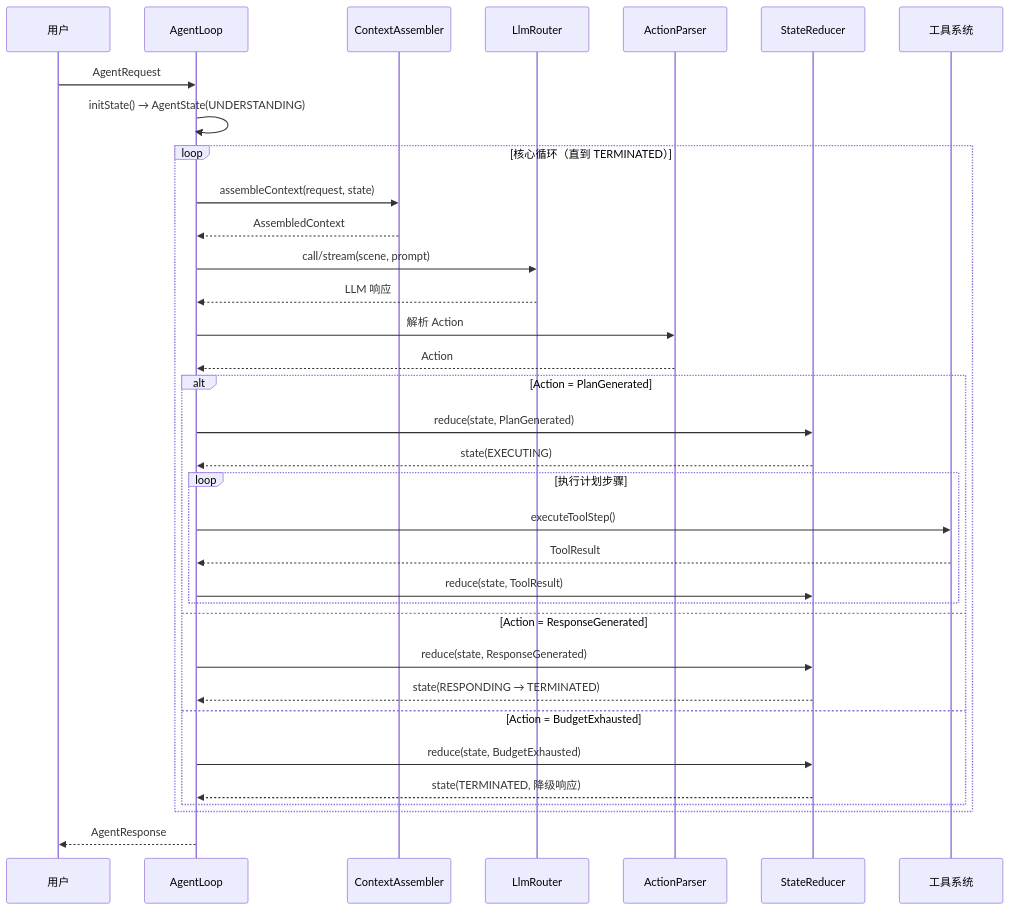
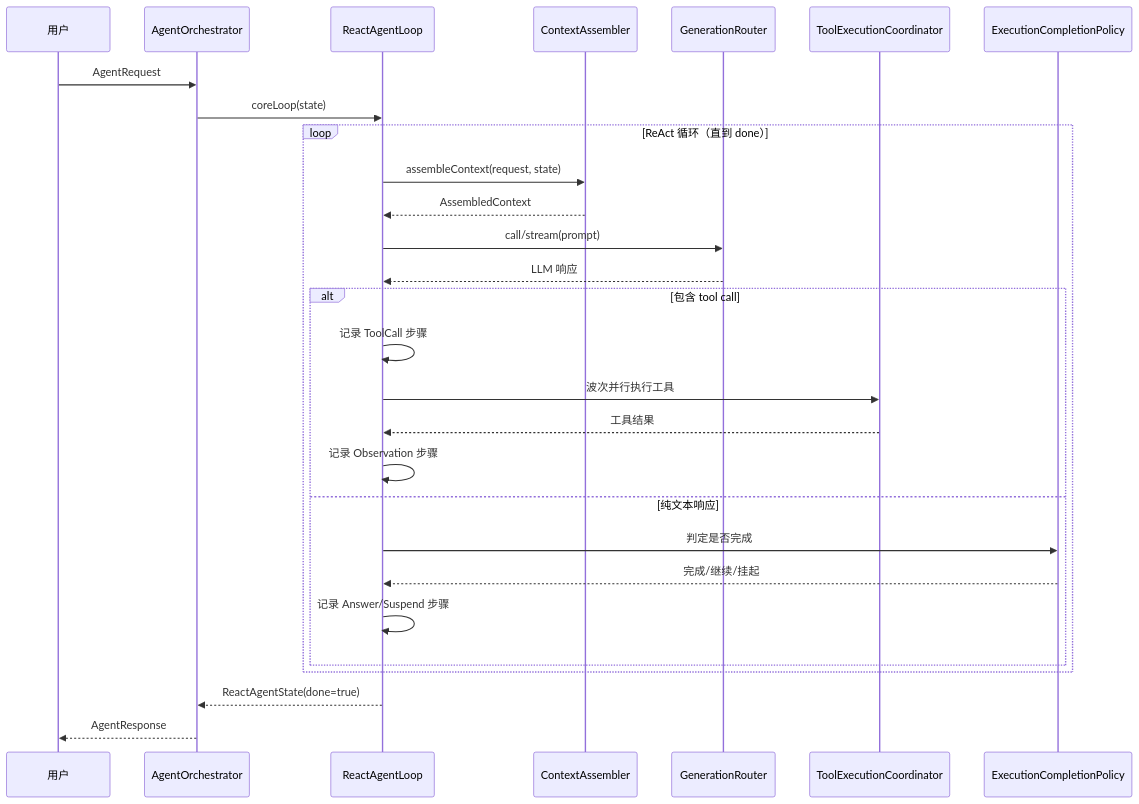
Before and after one commit to ntygod/LifePilot: the second of 2 diagrams in docs/architecture/agent-engine.md, drawn with Mermaid. The commit also changed other lines of this file and 46 other files, not shown here.

````diff
--- a/docs/architecture/agent-engine.md
+++ b/docs/architecture/agent-engine.md
@@ -87,37 +108,31 @@
 ```mermaid
 sequenceDiagram
     participant U as 用户
-    participant L as AgentLoop
+    participant O as AgentOrchestrator
+    participant L as ReactAgentLoop
     participant C as ContextAssembler
-    participant LLM as LlmRouter
-    participant P as ActionParser
-    participant R as StateReducer
-    participant T as 工具系统
+    participant LLM as GenerationRouter
+    participant TC as ToolExecutionCoordinator
+    participant P as ExecutionCompletionPolicy
 
-    U->>L: AgentRequest
-    L->>L: initState() → AgentState(UNDERSTANDING)
-    loop 核心循环（直到 TERMINATED）
+    U->>O: AgentRequest
+    O->>L: coreLoop(state)
+    loop ReAct 循环（直到 done）
         L->>C: assembleContext(request, state)
         C-->>L: AssembledContext
-        L->>LLM: call/stream(scene, prompt)
+        L->>LLM: call/stream(prompt)
         LLM-->>L: LLM 响应
-        L->>P: 解析 Action
-        P-->>L: Action
-        alt Action = PlanGenerated
-            L->>R: reduce(state, PlanGenerated)
-            R-->>L: state(EXECUTING)
-            loop 执行计划步骤
-                L->>T: executeToolStep()
-                T-->>L: ToolResult
-                L->>R: reduce(state, ToolResult)
-            end
-        else Action = ResponseGenerated
-            L->>R: reduce(state, ResponseGenerated)
-            R-->>L: state(RESPONDING → TERMINATED)
-        else Action = BudgetExhausted
-            L->>R: reduce(state, BudgetExhausted)
-            R-->>L: state(TERMINATED, 降级响应)
+        alt 包含 tool call
+            L->>L: 记录 ToolCall 步骤
+            L->>TC: 波次并行执行工具
+            TC-->>L: 工具结果
+            L->>L: 记录 Observation 步骤
+        else 纯文本响应
+            L->>P: 判定是否完成
+            P-->>L: 完成/继续/挂起
+            L->>L: 记录 Answer/Suspend 步骤
         end
     end
-    L-->>U: AgentResponse
+    L-->>O: ReactAgentState(done=true)
+    O-->>U: AgentResponse
 ```
````
